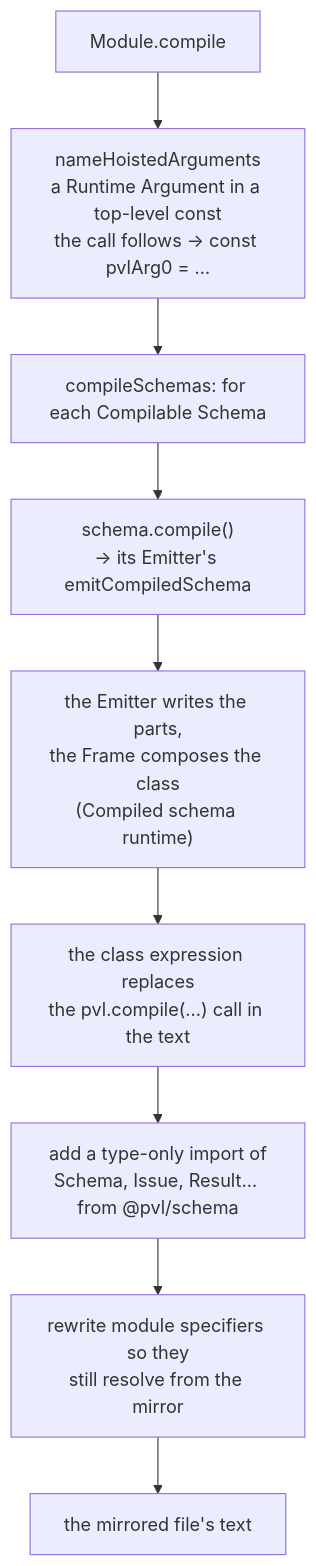
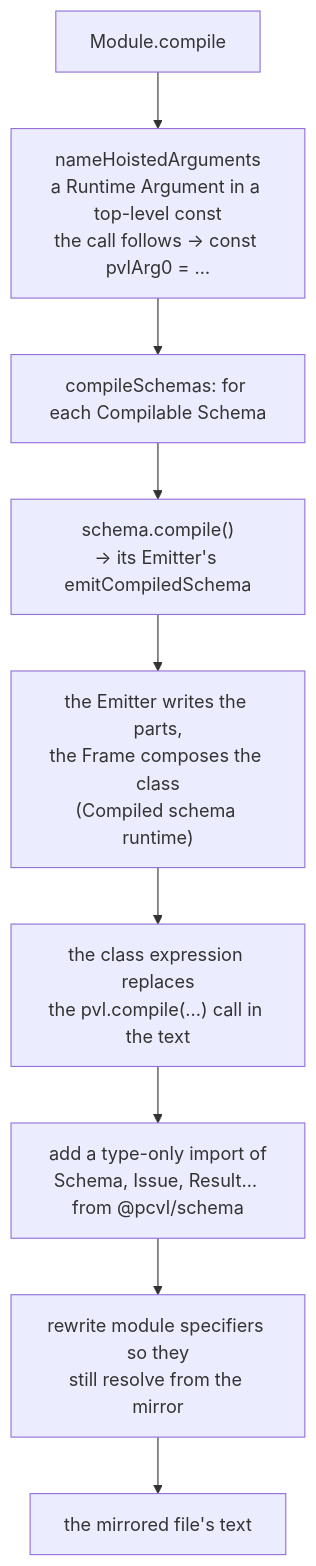
The fifth of 5 diagrams in docs/wiki/Compiler-Build-Pipeline.md (Ota-Prokopec/pvl), drawn with Mermaid before and after one commit. The commit also changed other lines of this file and 342 other files, not shown here.

````diff
--- a/docs/wiki/Compiler-Build-Pipeline.md
+++ b/docs/wiki/Compiler-Build-Pipeline.md
@@ -92,11 +92,11 @@
 ```mermaid
 flowchart TD
     MC["Module.compile"] --> HO["nameHoistedArguments<br/>a Runtime Argument in a top-level const<br/>the call follows → const pvlArg0 = …"]
     HO --> CS["compileSchemas: for each Compilable Schema"]
     CS --> SCOMP["schema.compile()<br/>→ its Emitter's emitCompiledSchema"]
     SCOMP --> EMIT["the Emitter writes the parts,<br/>the Frame composes the class<br/>(Compiled schema runtime)"]
     EMIT --> REP["the class expression replaces<br/>the pvl.compile(...) call in the text"]
-    REP --> IMP["add a type-only import of<br/>Schema, Issue, Result… from @pvl/schema"]
+    REP --> IMP["add a type-only import of<br/>Schema, Issue, Result… from @pcvl/schema"]
     IMP --> SPEC["rewrite module specifiers so they<br/>still resolve from the mirror"]
     SPEC --> OUT["the mirrored file's text"]
 ```
````
